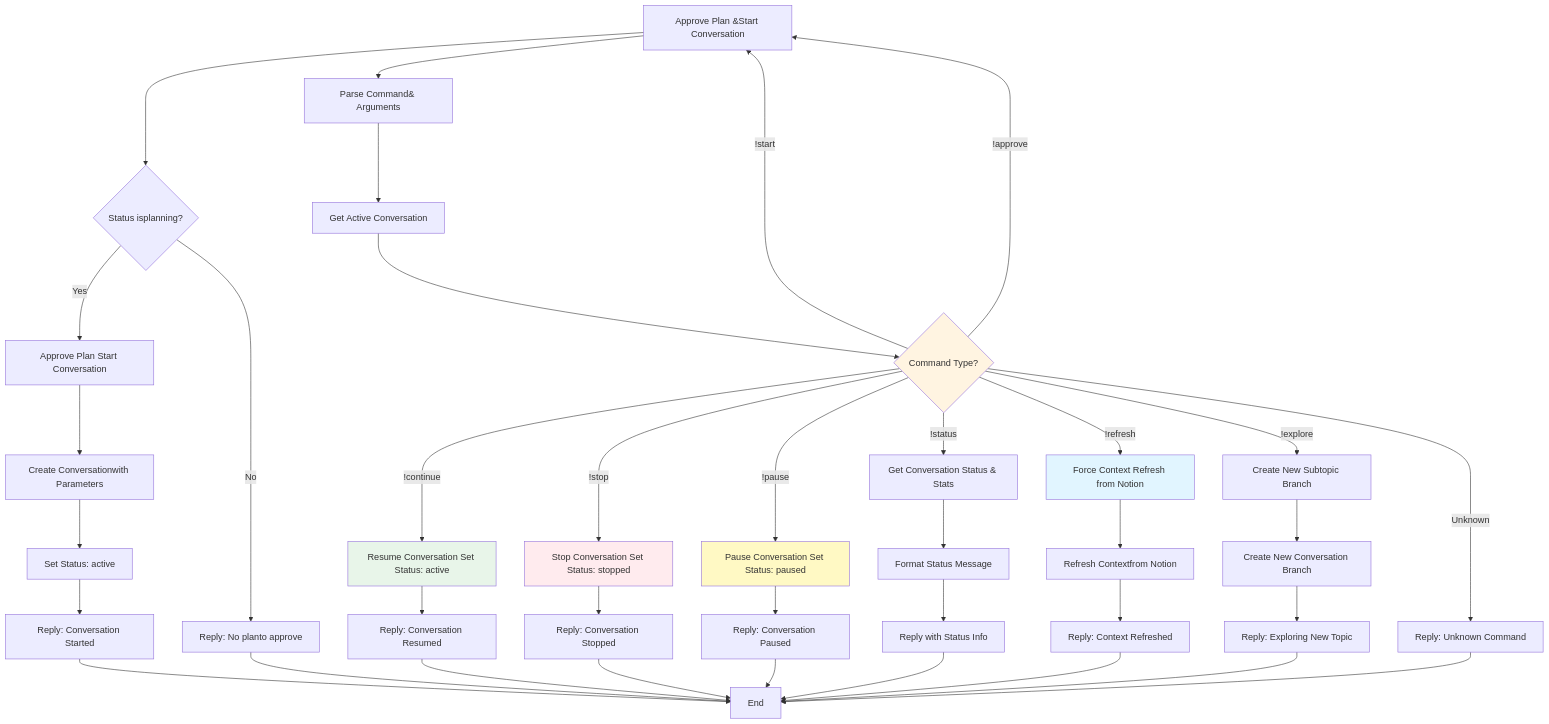
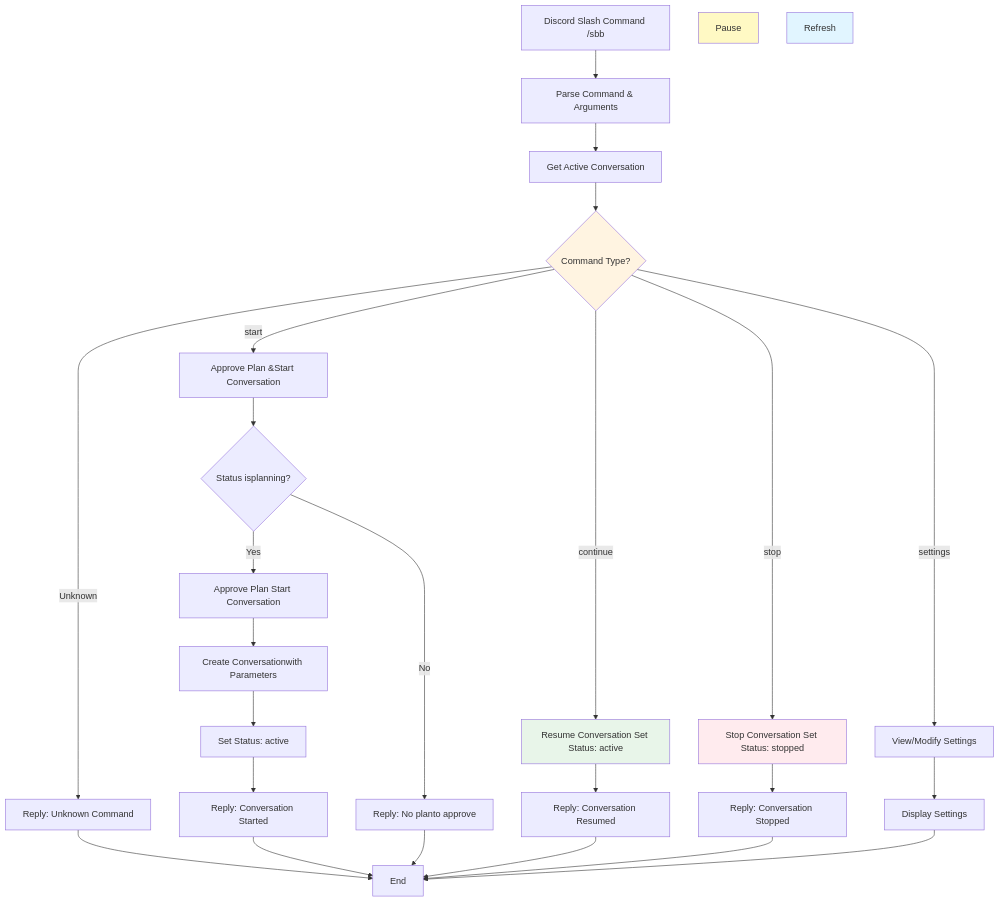
One commit to jak-pan/super-brainstorm-bot changed diagram 16 of 16 in ARCHITECTURE.md. Above: the diagram before and after it, drawn with Mermaid. The commit also changed other lines of this file and 5 other files, not shown here.

First line of the commit message:
Remove all ! text commands, use only /sbb slash commands

````diff
--- a/ARCHITECTURE.md
+++ b/ARCHITECTURE.md
@@ -1250,49 +1246,36 @@
 ```mermaid
 flowchart TD
-    Start[Discord Command Starts with !] --> Parse[Parse Command& Arguments]
+    CmdStart[Discord Slash Command /sbb] --> Parse[Parse Command & Arguments]
     Parse --> GetConversation[Get Active Conversation]
     GetConversation --> CheckCommand{Command Type?}
     
-    CheckCommand -->|!start| Start[Approve Plan &Start Conversation]
-    CheckCommand -->|!approve| Start
-    CheckCommand -->|!continue| Continue[Resume Conversation Set Status: active]
-    CheckCommand -->|!stop| Stop[Stop Conversation Set Status: stopped]
-    CheckCommand -->|!pause| Pause[Pause Conversation Set Status: paused]
-    CheckCommand -->|!status| Status[Get Conversation Status & Stats]
-    CheckCommand -->|!refresh| Refresh[Force Context Refresh from Notion]
-    CheckCommand -->|!explore| Explore[Create New Subtopic Branch]
+    CheckCommand -->|start| StartCmd[Approve Plan &Start Conversation]
+    CheckCommand -->|continue| Continue[Resume Conversation Set Status: active]
+    CheckCommand -->|stop| Stop[Stop Conversation Set Status: stopped]
+    CheckCommand -->|settings| Settings[View/Modify Settings]
     CheckCommand -->|Unknown| Unknown[Reply: Unknown Command]
     
-    Start --> CheckPlanning{Status isplanning?}
+    StartCmd --> CheckPlanning{Status isplanning?}
     CheckPlanning -->|Yes| ApprovePlan[Approve Plan Start Conversation]
     CheckPlanning -->|No| ReplyNotPlanning[Reply: No planto approve]
     ApprovePlan --> CreateConv[Create Conversationwith Parameters]
     CreateConv --> SetActive[Set Status: active]
     SetActive --> ReplyStarted[Reply: Conversation Started]
     
     Continue --> ReplyContinue[Reply: Conversation Resumed]
     Stop --> ReplyStop[Reply: Conversation Stopped]
-    Pause --> ReplyPause[Reply: Conversation Paused]
-    Status --> FormatStatus[Format Status Message]
-    FormatStatus --> ReplyStatus[Reply with Status Info]
-    Refresh --> RefreshContext[Refresh Contextfrom Notion]
-    RefreshContext --> ReplyRefresh[Reply: Context Refreshed]
-    Explore --> CreateBranch[Create New Conversation Branch]
-    CreateBranch --> ReplyExplore[Reply: Exploring New Topic]
+    Settings --> ShowSettings[Display Settings]
+    Unknown --> End[End]
     
     ReplyStarted --> End[End]
     ReplyNotPlanning --> End
     ReplyContinue --> End[End]
     ReplyStop --> End
-    ReplyPause --> End
-    ReplyStatus --> End
-    ReplyRefresh --> End
-    ReplyExplore --> End
-    Unknown --> End
+    ShowSettings --> End
     
     style CheckCommand fill:#fff4e1
     style Continue fill:#e8f5e9
     style Stop fill:#ffebee
     style Pause fill:#fff9c4
     style Refresh fill:#e1f5ff
 ```
````
